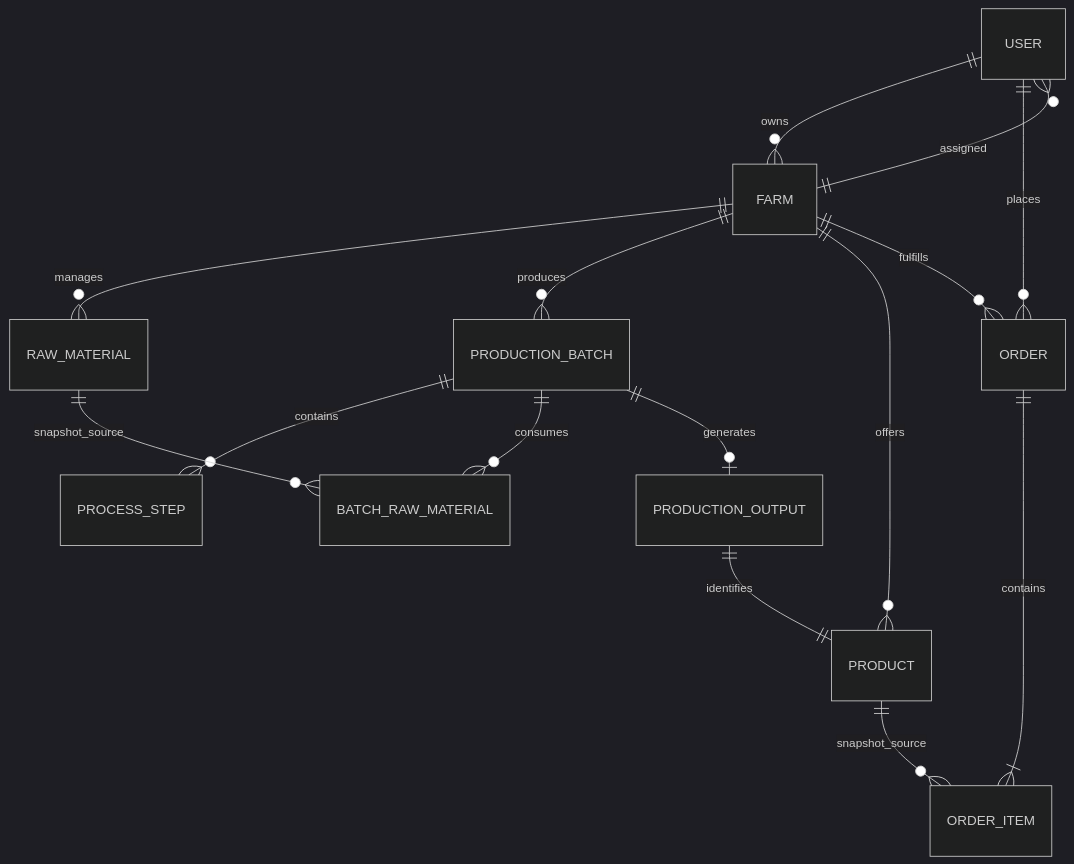
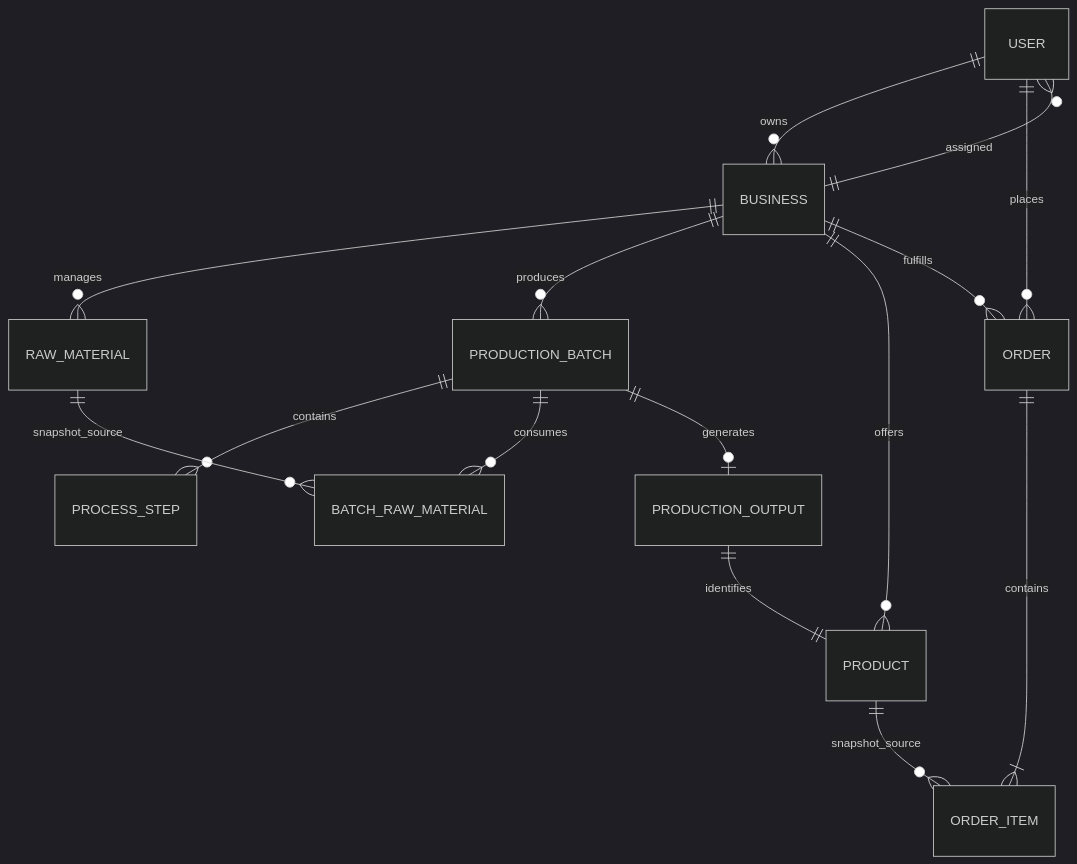
Before and after one commit to zoricnadja/local-bite: the diagram in docs/specifikacija/05-modeli-i-podaci.md, drawn with Mermaid (dark theme). The commit also changed other lines of this file and 340 other files, not shown here.

Commit message:
fix: Rename farm -> business owner

````diff
--- a/docs/specifikacija/05-modeli-i-podaci.md
+++ b/docs/specifikacija/05-modeli-i-podaci.md
@@ -15,17 +15,17 @@
 ```mermaid
 erDiagram
-    USER ||--o{ FARM : owns
-    FARM ||--o{ USER : assigned
-    FARM ||--o{ RAW_MATERIAL : manages
-    FARM ||--o{ PRODUCTION_BATCH : produces
+    USER ||--o{ BUSINESS : owns
+    BUSINESS ||--o{ USER : assigned
+    BUSINESS ||--o{ RAW_MATERIAL : manages
+    BUSINESS ||--o{ PRODUCTION_BATCH : produces
     PRODUCTION_BATCH ||--o{ PROCESS_STEP : contains
     PRODUCTION_BATCH ||--o{ BATCH_RAW_MATERIAL : consumes
     RAW_MATERIAL ||--o{ BATCH_RAW_MATERIAL : snapshot_source
     PRODUCTION_BATCH ||--o| PRODUCTION_OUTPUT : generates
     PRODUCTION_OUTPUT ||--|| PRODUCT : identifies
-    FARM ||--o{ PRODUCT : offers
+    BUSINESS ||--o{ PRODUCT : offers
     USER ||--o{ ORDER : places
-    FARM ||--o{ ORDER : fulfills
+    BUSINESS ||--o{ ORDER : fulfills
     ORDER ||--|{ ORDER_ITEM : contains
     PRODUCT ||--o{ ORDER_ITEM : snapshot_source
 ```
````
